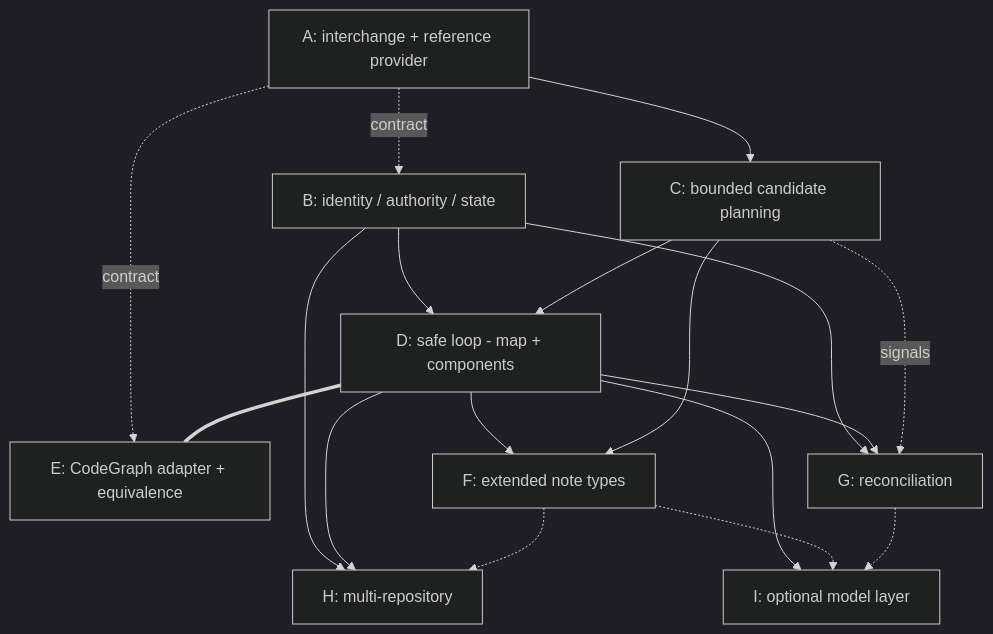
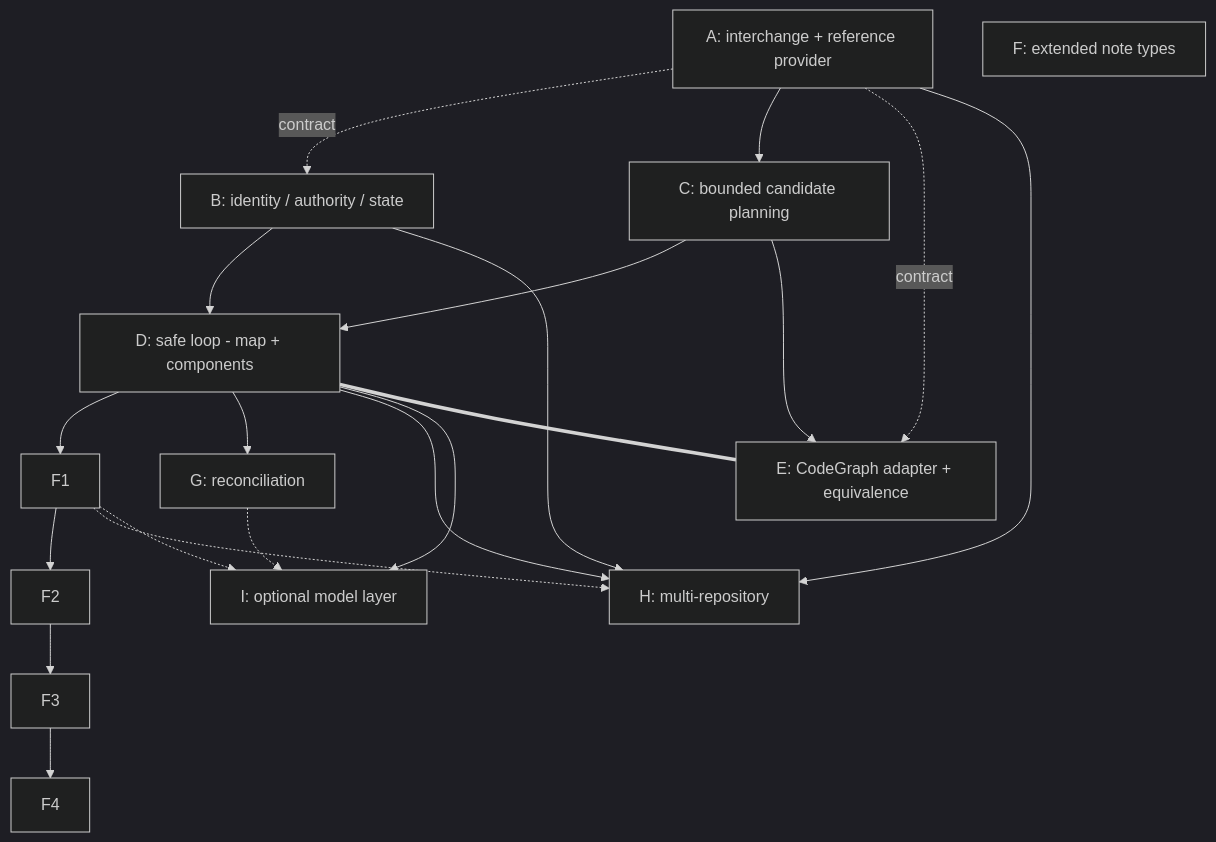
One commit to t-step/bindle-archive changed the diagram in docs/design/2026-07-18-141-architecture-projection-epic.md. Above: the diagram before and after it, drawn with Mermaid (dark theme). The commit also changed other lines of this file, not shown here.

````diff
--- a/docs/design/2026-07-18-141-architecture-projection-epic.md
+++ b/docs/design/2026-07-18-141-architecture-projection-epic.md
@@ -681,30 +1302,32 @@
 ```mermaid
 graph TD
     A[A: interchange + reference provider]
     B[B: identity / authority / state]
     C[C: bounded candidate planning]
     D[D: safe loop - map + components]
     E[E: CodeGraph adapter + equivalence]
     F[F: extended note types]
     G[G: reconciliation]
     H[H: multi-repository]
     I[I: optional model layer]
 
     A -.contract.-> B
     A --> C
     A -.contract.-> E
+    A --> H
     B --> D
     C --> D
-    D --> F
-    C --> F
-    B --> G
+    C --> E
+    D --> F1
+    F1 --> F2
+    F2 --> F3
+    F3 --> F4
     D --> G
-    C -.signals.-> G
+    D --> H
     B --> H
-    D --> H
-    F -.-> H
+    F1 -.-> H
     D --> I
-    F -.-> I
+    F1 -.-> I
     G -.-> I
     D === E
 ```
````
